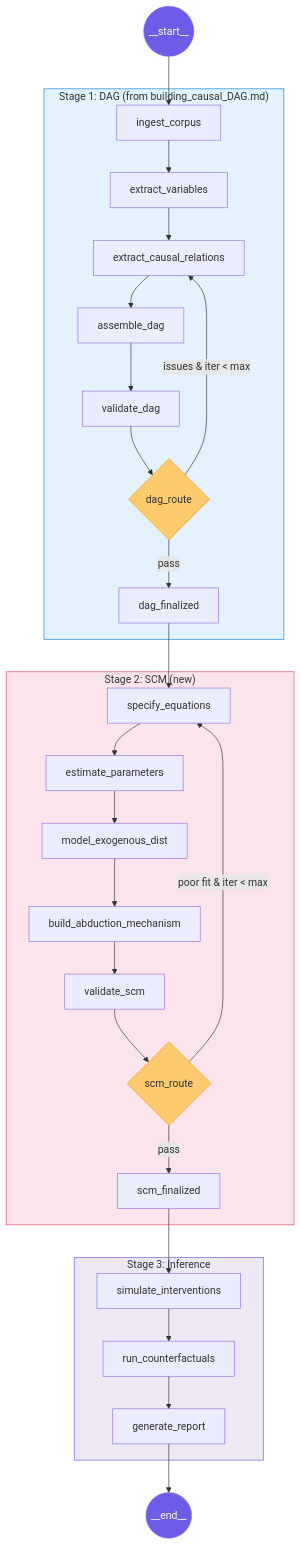
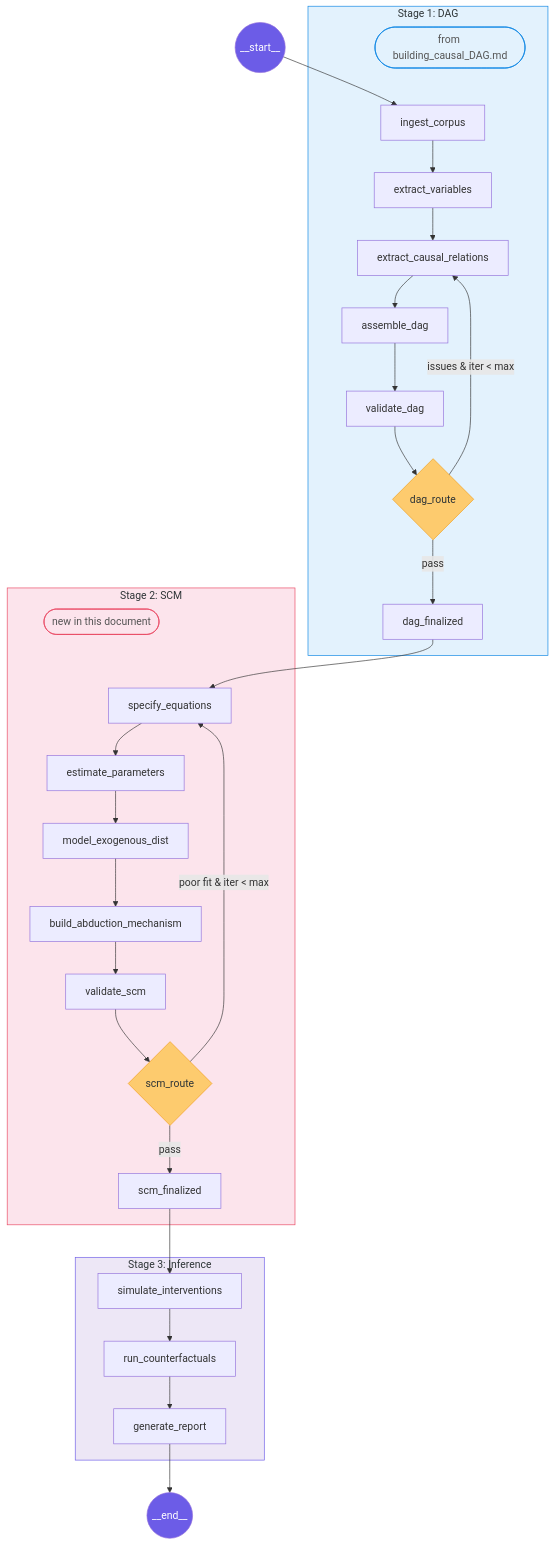
Diagram 13 of 16 in notebooks/causal_inference/building_SCM.md (dimitarpg13/agentic_architectures_and_design_patterns), drawn with Mermaid before and after one commit.

Commit message:
update md

````diff
--- a/notebooks/causal_inference/building_SCM.md
+++ b/notebooks/causal_inference/building_SCM.md
@@ -767,41 +767,47 @@
 ```mermaid
 graph TD
     START(("__start__")) --> ingest["ingest_corpus"]
 
-    subgraph DAG_Phase["Stage 1: DAG (from building_causal_DAG.md)"]
+    subgraph DAG_Phase["Stage 1: DAG"]
+        DAG_hdr(["from building_causal_DAG.md"])
+        DAG_hdr ~~~ ingest
         ingest --> extract_vars["extract_variables"]
         extract_vars --> extract_causal["extract_causal_relations"]
         extract_causal --> assemble["assemble_dag"]
         assemble --> validate_dag["validate_dag"]
         validate_dag --> dag_route{"dag_route"}
         dag_route -- "issues & iter < max" --> extract_causal
         dag_route -- "pass" --> dag_done["dag_finalized"]
     end
 
-    subgraph SCM_Phase["Stage 2: SCM (new)"]
+    subgraph SCM_Phase["Stage 2: SCM"]
+        SCM_hdr(["new in this document"])
+        SCM_hdr ~~~ specify_eqs
         dag_done --> specify_eqs["specify_equations"]
         specify_eqs --> estimate_params["estimate_parameters"]
         estimate_params --> model_exogenous["model_exogenous_dist"]
         model_exogenous --> build_abduction["build_abduction_mechanism"]
         build_abduction --> validate_scm["validate_scm"]
         validate_scm --> scm_route{"scm_route"}
         scm_route -- "poor fit & iter < max" --> specify_eqs
         scm_route -- "pass" --> scm_done["scm_finalized"]
     end
 
     subgraph Inference_Phase["Stage 3: Inference"]
         scm_done --> intervention["simulate_interventions"]
         intervention --> counterfactual["run_counterfactuals"]
         counterfactual --> report["generate_report"]
     end
 
     report --> END(("__end__"))
 
+    style DAG_hdr fill:#e3f2fd,stroke:#0984e3,color:#555
+    style SCM_hdr fill:#fce4ec,stroke:#e94560,color:#555
     style START fill:#6c5ce7,color:#fff
     style END fill:#6c5ce7,color:#fff
     style dag_route fill:#fdcb6e,stroke:#f39c12,color:#2d3436
     style scm_route fill:#fdcb6e,stroke:#f39c12,color:#2d3436
     style DAG_Phase fill:#e3f2fd,stroke:#0984e3,color:#2d3436
     style SCM_Phase fill:#fce4ec,stroke:#e94560,color:#2d3436
     style Inference_Phase fill:#ede7f6,stroke:#6c5ce7,color:#2d3436
 ```
````
